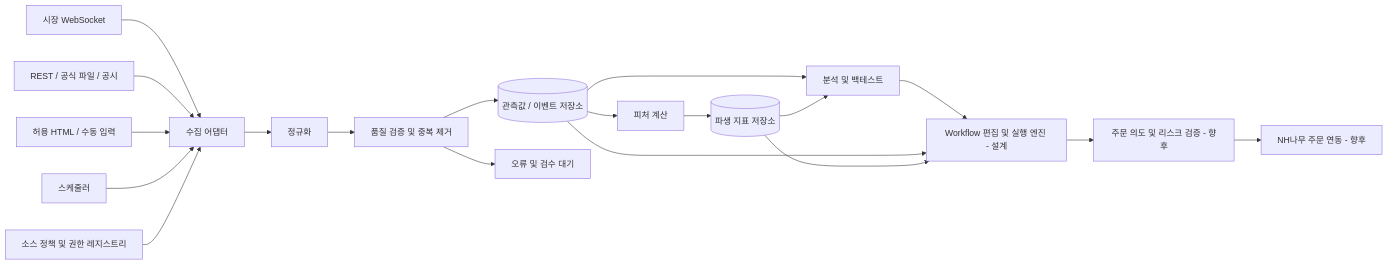
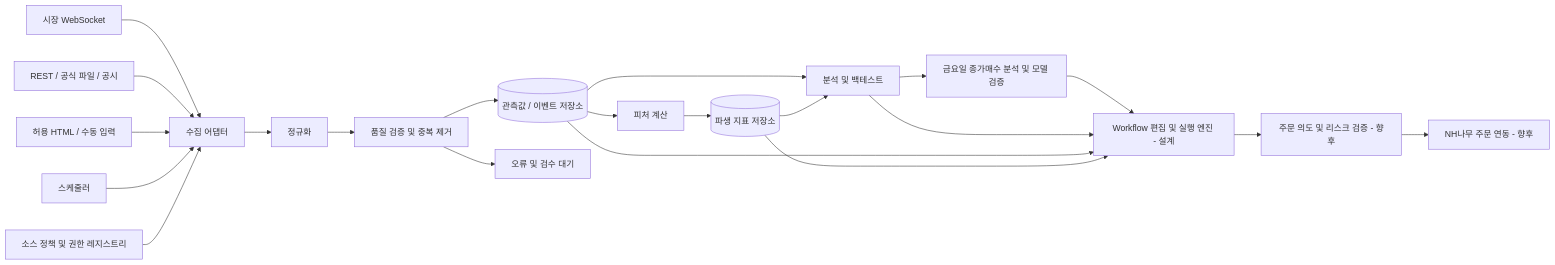
The first of 3 diagrams in docs/design/specification.md (ELSAPHABA/Auto-Axe), drawn with Mermaid before and after one commit. The commit also changed other lines of this file, not shown here.

````diff
--- a/docs/design/specification.md
+++ b/docs/design/specification.md
@@ -16,21 +17,23 @@
 ```mermaid
 flowchart LR
   A[시장 WebSocket] --> C[수집 어댑터]
   B[REST / 공식 파일 / 공시] --> C
   H[허용 HTML / 수동 입력] --> C
   S[스케줄러] --> C
   R[소스 정책 및 권한 레지스트리] --> C
   C --> N[정규화]
   N --> Q[품질 검증 및 중복 제거]
   Q --> D[(관측값 / 이벤트 저장소)]
   Q --> E[오류 및 검수 대기]
   D --> F[피처 계산]
   F --> P[(파생 지표 저장소)]
   D --> V[분석 및 백테스트]
   P --> V
+  V --> FC[금요일 종가매수 분석 및 모델 검증]
+  FC --> W
   V --> W[Workflow 편집 및 실행 엔진 - 설계]
   D --> W
   P --> W
   W --> G[주문 의도 및 리스크 검증 - 향후]
   G --> O[NH나무 주문 연동 - 향후]
 ```
````
